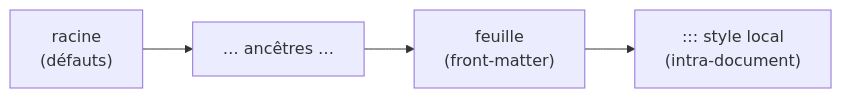
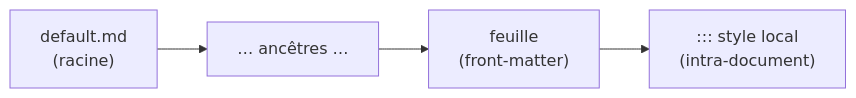
One commit to orlarey/markpage changed the fourth of 4 diagrams in docs/STACK-SPEC.md. Above: the diagram before and after it, drawn with Mermaid. The commit also changed other lines of this file, not shown here.

````diff
--- a/docs/STACK-SPEC.md
+++ b/docs/STACK-SPEC.md
@@ -377,4 +389,4 @@
 ```mermaid
 flowchart LR
-  R["racine<br>(défauts)"] --> P["… ancêtres …"] --> F["feuille<br>(front-matter)"] --> S["::: style local<br>(intra-document)"]
+  R["default.md<br>(racine)"] --> P["… ancêtres …"] --> F["feuille<br>(front-matter)"] --> S["::: style local<br>(intra-document)"]
 ```
````
